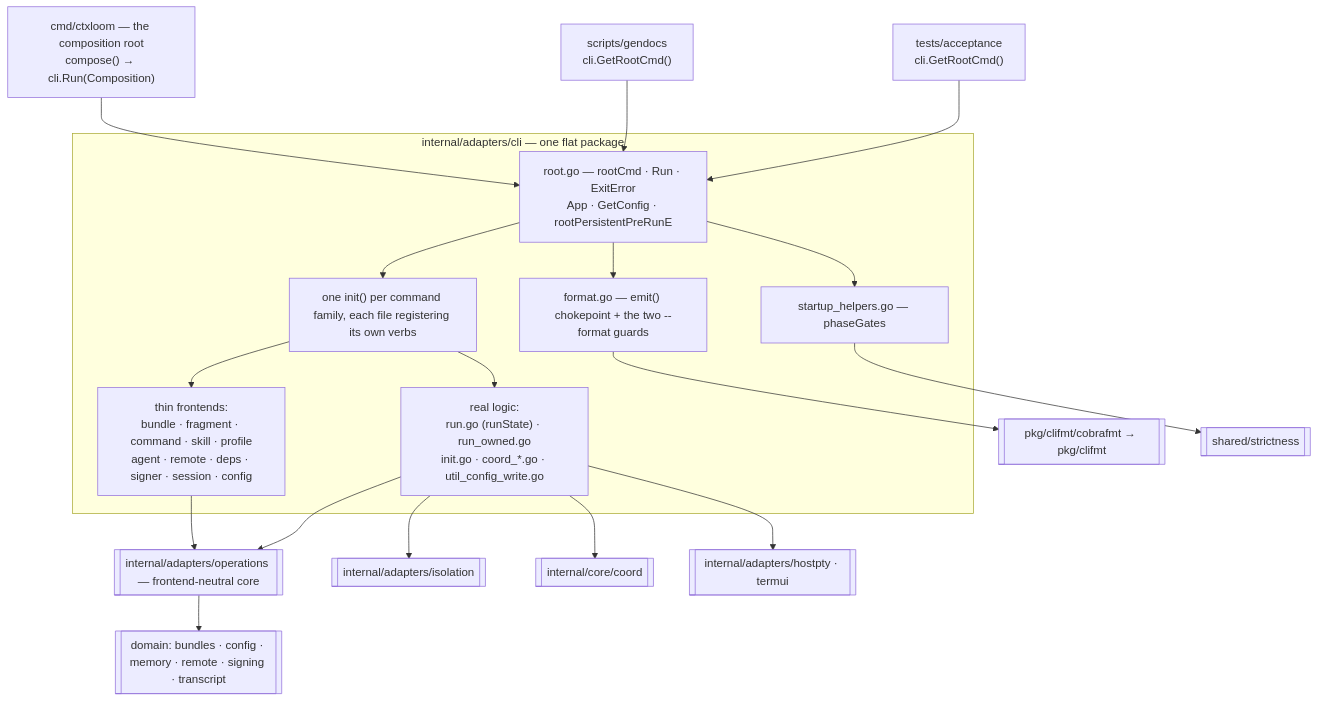
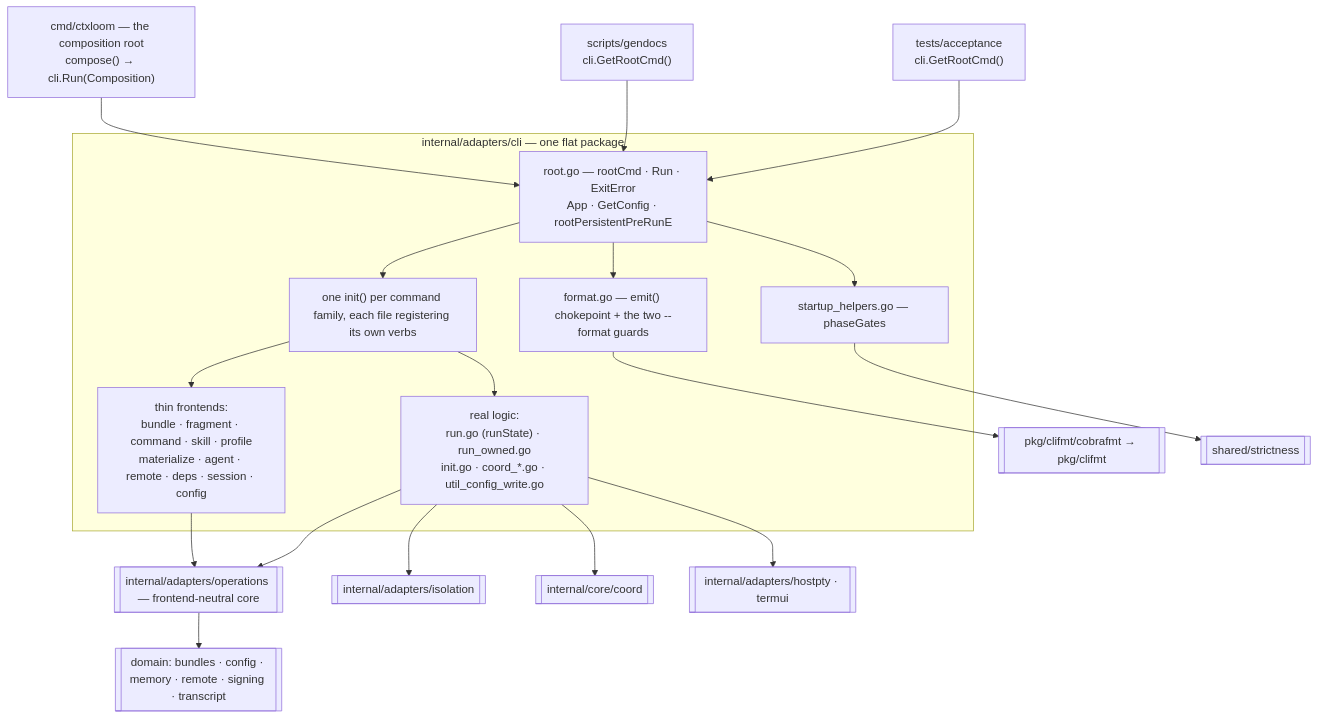
One commit to ctxloom/ctxloom changed the diagram in docs/architecture/cli/README.md. Above: the diagram before and after it, drawn with Mermaid. The commit also changed other lines of this file and 9 other files, not shown here.

````diff
--- a/docs/architecture/cli/README.md
+++ b/docs/architecture/cli/README.md
@@ -17,28 +17,28 @@
 ```mermaid
 flowchart TD
     MAIN["cmd/ctxloom — the composition root<br/>compose() → cli.Run(Composition)"]
     GD["scripts/gendocs<br/>cli.GetRootCmd()"]
     ACC["tests/acceptance<br/>cli.GetRootCmd()"]
 
     MAIN --> ROOT
     GD --> ROOT
     ACC --> ROOT
 
     subgraph cli["internal/adapters/cli — one flat package"]
         ROOT["root.go — rootCmd · Run · ExitError<br/>App · GetConfig · rootPersistentPreRunE"]
         ROOT --> FMT["format.go — emit() chokepoint + the two --format guards"]
         ROOT --> SH["startup_helpers.go — phaseGates"]
         ROOT --> CMDS["one init() per command family, each file registering its own verbs"]
-        CMDS --> THIN["thin frontends:<br/>bundle · fragment · command · skill · profile<br/>agent · remote · deps · signer · session · config"]
+        CMDS --> THIN["thin frontends:<br/>bundle · fragment · command · skill · profile<br/>materialize · agent · remote · deps · session · config"]
         CMDS --> THICK["real logic:<br/>run.go (runState) · run_owned.go<br/>init.go · coord_*.go · util_config_write.go"]
     end
 
     THIN --> OPS[["internal/adapters/operations — frontend-neutral core"]]
     THICK --> OPS
     THICK --> ISO[["internal/adapters/isolation"]]
     THICK --> COORD[["internal/core/coord"]]
     THICK --> TTY[["internal/adapters/hostpty · termui"]]
     OPS --> DOM[["domain: bundles · config · memory · remote · signing · transcript"]]
     FMT --> CE[["pkg/clifmt/cobrafmt → pkg/clifmt"]]
     SH --> STR[["shared/strictness"]]
 ```
````
